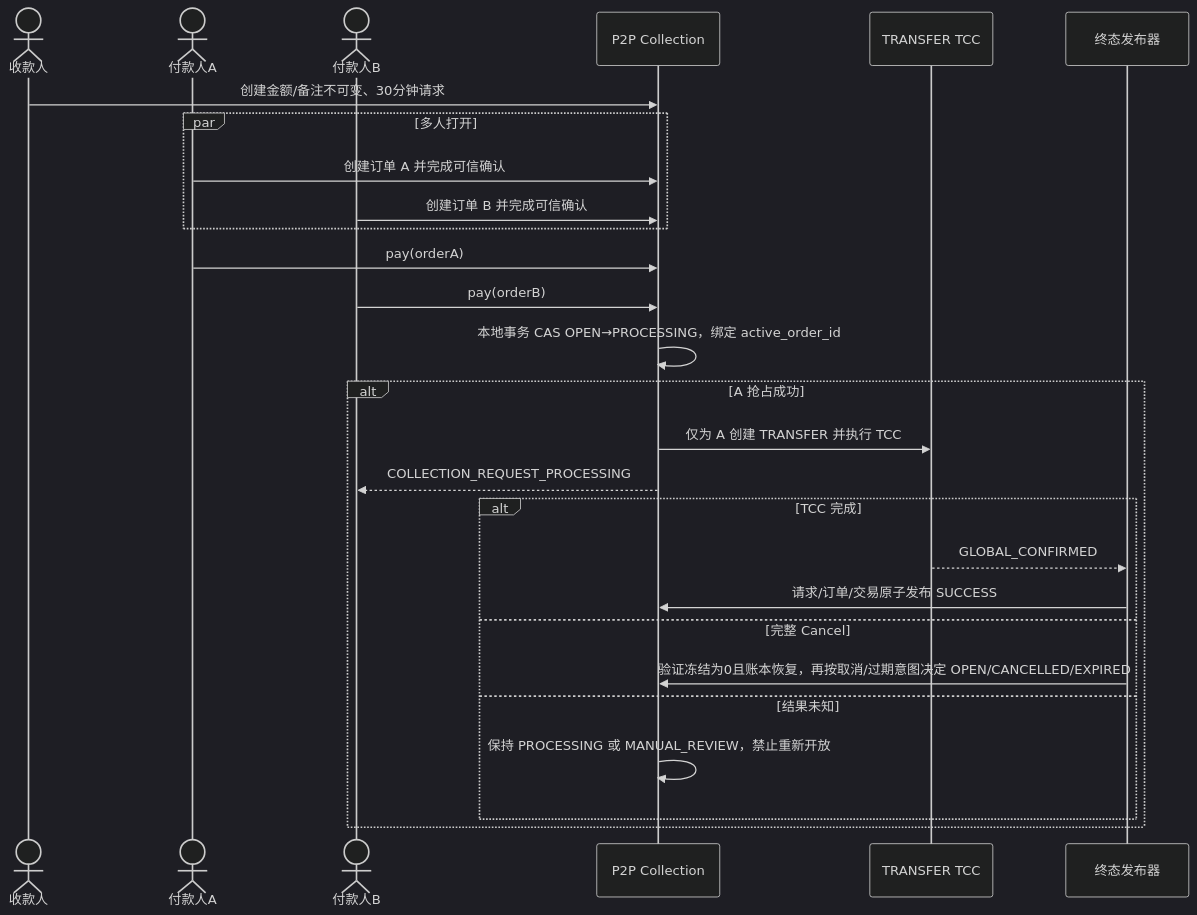
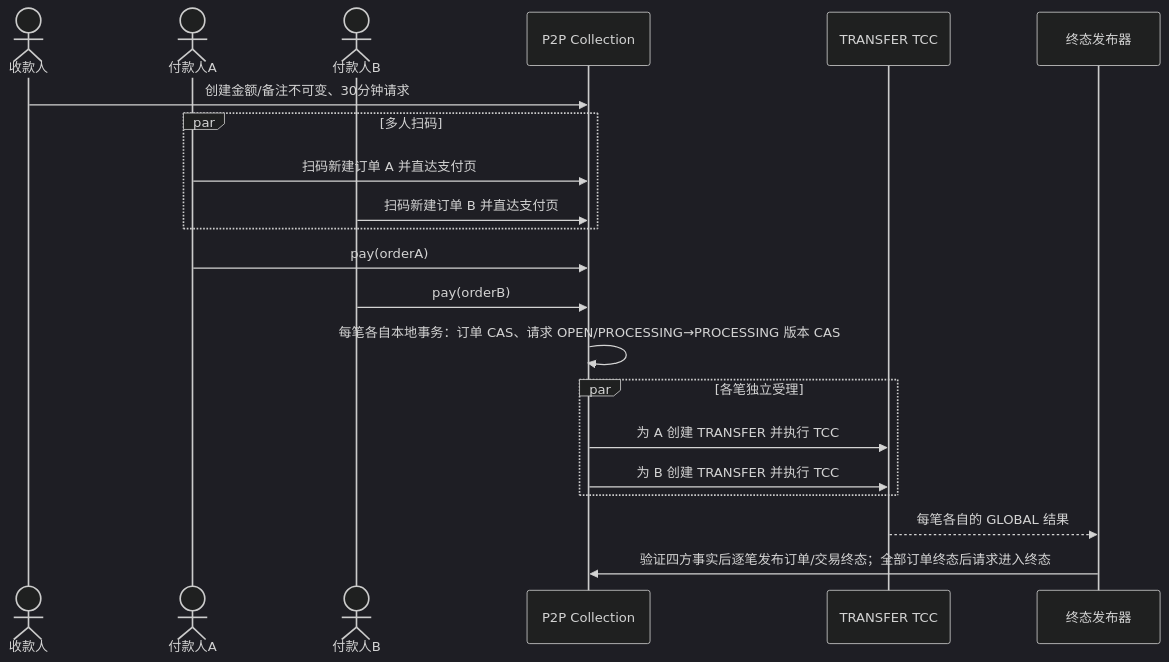
Before and after one commit to JN6565/MiniAlalipay: diagram 18 of 33 in docs/minialalipay/minialalipay-system-analysis.md, drawn with Mermaid (dark theme). The commit also changed other lines of this file and 28 other files, not shown here.

````diff
--- a/docs/minialalipay/minialalipay-system-analysis.md
+++ b/docs/minialalipay/minialalipay-system-analysis.md
@@ -1354,29 +1354,23 @@
 ```mermaid
 sequenceDiagram
     actor R as 收款人
     actor P1 as 付款人A
     actor P2 as 付款人B
     participant B as P2P Collection
     participant T as TRANSFER TCC
     participant F as 终态发布器
     R->>B: 创建金额/备注不可变、30分钟请求
-    par 多人打开
-      P1->>B: 创建订单 A 并完成可信确认
-      P2->>B: 创建订单 B 并完成可信确认
+    par 多人扫码
+      P1->>B: 扫码新建订单 A 并直达支付页
+      P2->>B: 扫码新建订单 B 并直达支付页
     end
     P1->>B: pay(orderA)
     P2->>B: pay(orderB)
-    B->>B: 本地事务 CAS OPEN→PROCESSING，绑定 active_order_id
-    alt A 抢占成功
-      B->>T: 仅为 A 创建 TRANSFER 并执行 TCC
-      B-->>P2: COLLECTION_REQUEST_PROCESSING
-      alt TCC 完成
-        T-->>F: GLOBAL_CONFIRMED
-        F->>B: 请求/订单/交易原子发布 SUCCESS
-      else 完整 Cancel
-        F->>B: 验证冻结为0且账本恢复，再按取消/过期意图决定 OPEN/CANCELLED/EXPIRED
-      else 结果未知
-        B->>B: 保持 PROCESSING 或 MANUAL_REVIEW，禁止重新开放
-      end
+    B->>B: 每笔各自本地事务：订单 CAS、请求 OPEN/PROCESSING→PROCESSING 版本 CAS
+    par 各笔独立受理
+      B->>T: 为 A 创建 TRANSFER 并执行 TCC
+      B->>T: 为 B 创建 TRANSFER 并执行 TCC
     end
+    T-->>F: 每笔各自的 GLOBAL 结果
+    F->>B: 验证四方事实后逐笔发布订单/交易终态；全部订单终态后请求进入终态
 ```
````
